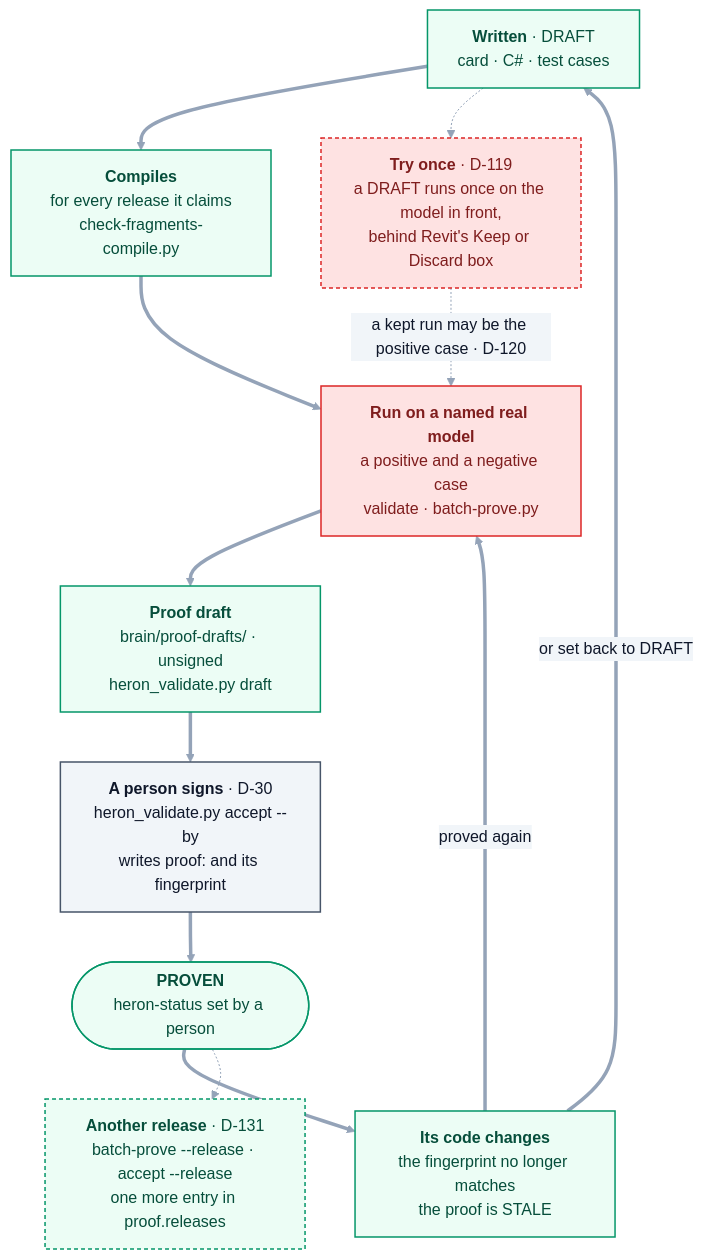
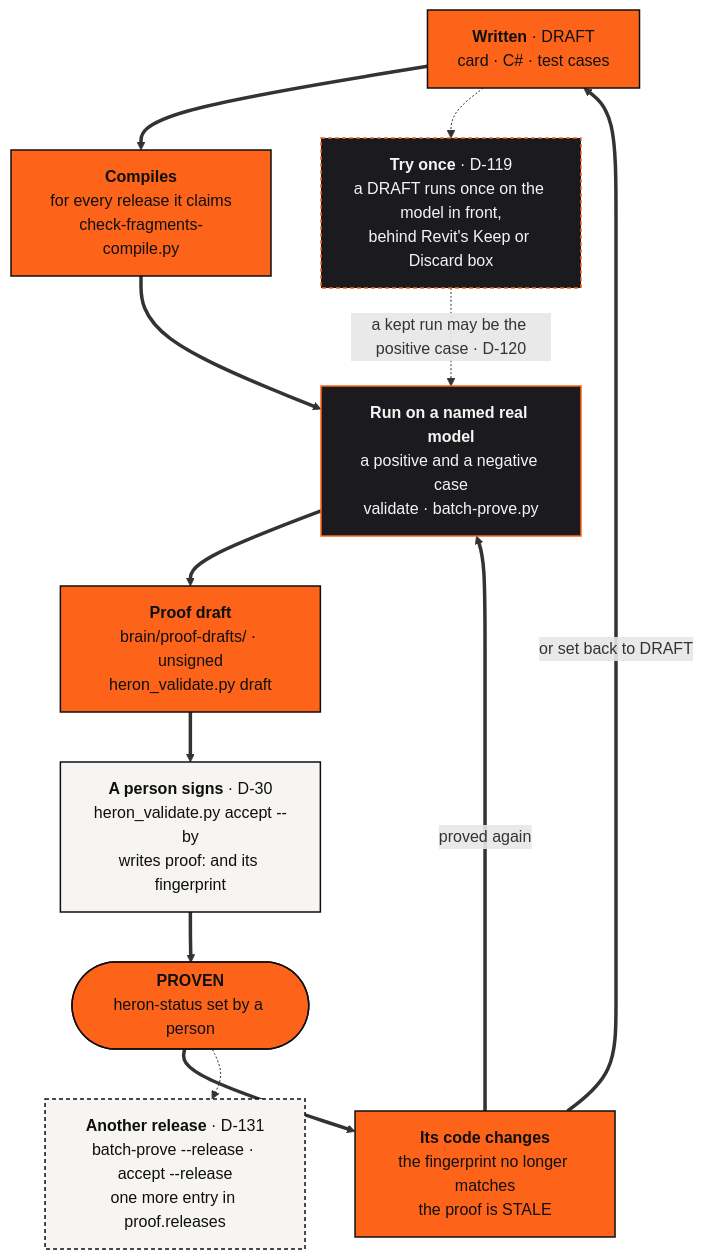
Before and after one commit to Ajmalpshaik/Heron-AI: the second of 2 diagrams in docs/09-skills-and-fragments.md, drawn with Mermaid. The commit also changed other lines of this file and 44 other files, not shown here.

First line of the commit message:
Diagrams in the other docs move to the brand palette (D-149, #1116)

````diff
--- a/docs/09-skills-and-fragments.md
+++ b/docs/09-skills-and-fragments.md
@@ -239,32 +238,31 @@
 ```mermaid
-%%{init: {"themeVariables": {"edgeLabelBackground":"#F1F5F9","lineColor":"#94A3B8","textColor":"#0F172A","tertiaryTextColor":"#0F172A"}}}%%
 flowchart TD
     W["<b>Written</b> · DRAFT<br/>card · C# · test cases"]
     C["<b>Compiles</b><br/>for every release it claims<br/>check-fragments-compile.py"]
     R["<b>Run on a named real model</b><br/>a positive and a negative case<br/>validate · batch-prove.py"]
     D["<b>Proof draft</b><br/>brain/proof-drafts/ · unsigned<br/>heron_validate.py draft"]
     S["<b>A person signs</b> · D-30<br/>heron_validate.py accept --by<br/>writes proof: and its fingerprint"]
     P(["<b>PROVEN</b><br/>heron-status set by a person"])
     ST["<b>Its code changes</b><br/>the fingerprint no longer matches<br/>the proof is STALE"]
     T1["<b>Try once</b> · D-119<br/>a DRAFT runs once on the model in front,<br/>behind Revit's Keep or Discard box"]
     RL["<b>Another release</b> · D-131<br/>batch-prove --release · accept --release<br/>one more entry in proof.releases"]
 
     W ==> C ==> R ==> D ==> S ==> P
     P ==> ST
     ST ==>|proved again| R
     ST ==>|or set back to DRAFT| W
     W -.-> T1
     T1 -.->|a kept run may be the positive case · D-120| R
     P -.-> RL
 
-    classDef user fill:#F1F5F9,stroke:#475569,stroke-width:1.5px,color:#0F172A
-    classDef brain fill:#ECFDF5,stroke:#059669,stroke-width:1.5px,color:#064E3B
-    classDef revit fill:#FEE2E2,stroke:#DC2626,stroke-width:1.5px,color:#7F1D1D
-    classDef revitopt fill:#FEE2E2,stroke:#DC2626,stroke-width:1.5px,color:#7F1D1D,stroke-dasharray:4 3
-    classDef brainopt fill:#ECFDF5,stroke:#059669,stroke-width:1.5px,color:#064E3B,stroke-dasharray:4 3
+    classDef user fill:#F7F5F2,stroke:#0F0F10,stroke-width:1.5px,color:#0F0F10
+    classDef brain fill:#FD641A,stroke:#0F0F10,stroke-width:1.5px,color:#0F0F10
+    classDef revit fill:#1B1B1F,stroke:#FD641A,stroke-width:1.5px,color:#F7F5F2
+    classDef revitopt fill:#1B1B1F,stroke:#FD641A,stroke-width:1.5px,color:#F7F5F2,stroke-dasharray:4 3
+    classDef brainopt fill:#F7F5F2,stroke:#0F0F10,stroke-width:1.5px,color:#0F0F10,stroke-dasharray:4 3
     class W,C,D,P,ST brain
     class R revit
     class S user
     class T1 revitopt
     class RL brainopt
 ```
````
